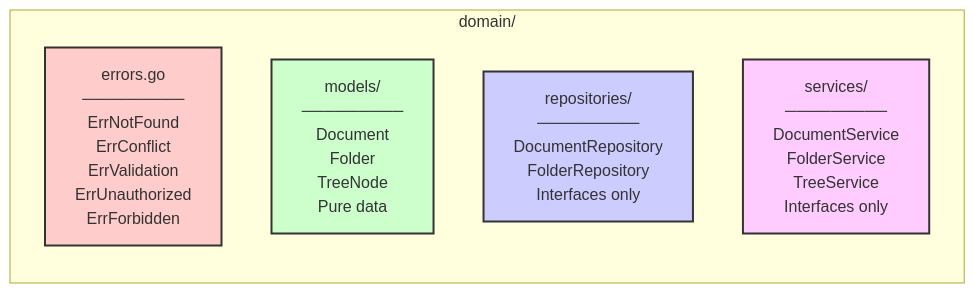
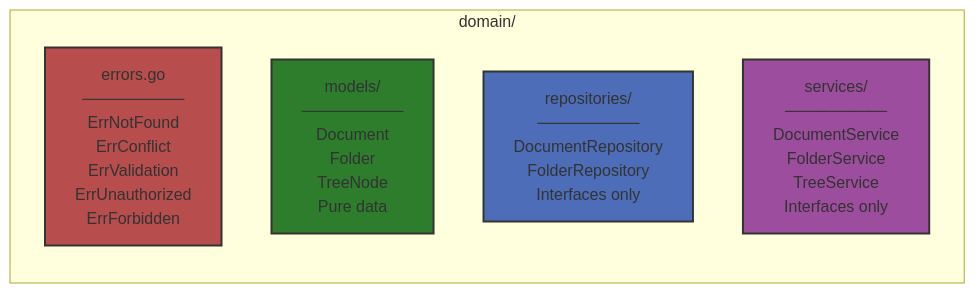
One commit to haowjy/meridian changed the fifth of 13 diagrams in _docs/technical/backend/clean-architecture-guide.md. Above: the diagram before and after it, drawn with Mermaid. The commit also changed other lines of this file and 40 other files, not shown here.

````diff
--- a/_docs/technical/backend/clean-architecture-guide.md
+++ b/_docs/technical/backend/clean-architecture-guide.md
@@ -232,17 +232,17 @@
 ```mermaid
 graph LR
     subgraph "domain/"
         Errors[errors.go<br/>─────────<br/>ErrNotFound<br/>ErrConflict<br/>ErrValidation<br/>ErrUnauthorized<br/>ErrForbidden]
 
         Models[models/<br/>─────────<br/>Document<br/>Folder<br/>TreeNode<br/>Pure data]
 
         RepoIfaces[repositories/<br/>─────────<br/>DocumentRepository<br/>FolderRepository<br/>Interfaces only]
 
         SvcIfaces[services/<br/>─────────<br/>DocumentService<br/>FolderService<br/>TreeService<br/>Interfaces only]
     end
 
-    style Errors fill:#fcc,stroke:#333,stroke-width:2px
-    style Models fill:#cfc,stroke:#333,stroke-width:2px
-    style RepoIfaces fill:#ccf,stroke:#333,stroke-width:2px
-    style SvcIfaces fill:#fcf,stroke:#333,stroke-width:2px
+    style Errors fill:#b84d4d,stroke:#333,stroke-width:2px
+    style Models fill:#2d7d2d,stroke:#333,stroke-width:2px
+    style RepoIfaces fill:#4d6db8,stroke:#333,stroke-width:2px
+    style SvcIfaces fill:#9d4d9d,stroke:#333,stroke-width:2px
 ```
````
